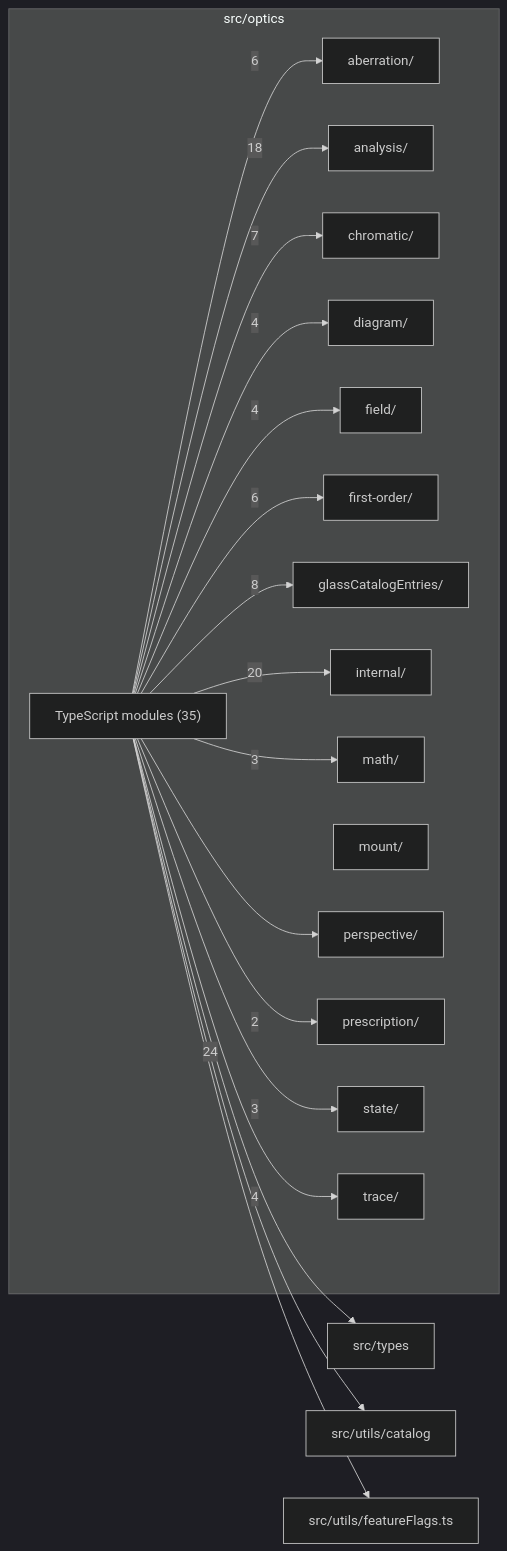
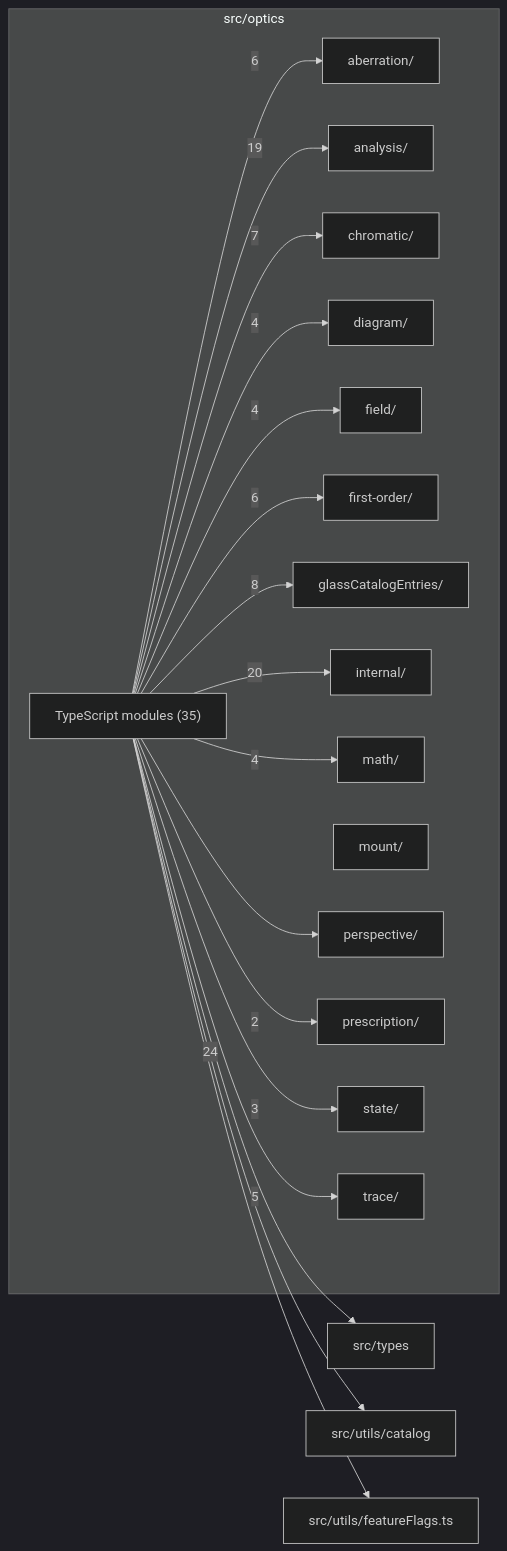
The diagram in src/optics/readme.md (ronbuening/LensVisualizer), drawn with Mermaid (dark theme) before and after one commit. The commit also changed other lines of this file and 16 other files, not shown here.

````diff
--- a/src/optics/readme.md
+++ b/src/optics/readme.md
@@ -9,39 +9,39 @@
 ```mermaid
 flowchart LR
   subgraph n_src_optics["src/optics"]
     n_src_optics_src_optics_aberration["aberration/"]
     n_src_optics_src_optics_analysis["analysis/"]
     n_src_optics_src_optics_chromatic["chromatic/"]
     n_src_optics_src_optics_diagram["diagram/"]
     n_src_optics_src_optics_field["field/"]
     n_src_optics_src_optics_first_order["first-order/"]
     n_src_optics_src_optics_glassCatalogEntries["glassCatalogEntries/"]
     n_src_optics_src_optics_internal["internal/"]
     n_src_optics_src_optics_math["math/"]
     n_src_optics_src_optics_mount["mount/"]
     n_src_optics_src_optics_perspective["perspective/"]
     n_src_optics_src_optics_prescription["prescription/"]
     n_src_optics_src_optics_state["state/"]
     n_src_optics_src_optics_trace["trace/"]
     n_src_optics_TypeScript_modules["TypeScript modules (35)"]
   end
   n_external_src_types["src/types"]
   n_external_src_utils_catalog["src/utils/catalog"]
   n_external_src_utils_featureFlags_ts["src/utils/featureFlags.ts"]
   n_src_optics_TypeScript_modules --> |24| n_external_src_types
   n_src_optics_TypeScript_modules --> |20| n_src_optics_src_optics_internal
-  n_src_optics_TypeScript_modules --> |18| n_src_optics_src_optics_analysis
+  n_src_optics_TypeScript_modules --> |19| n_src_optics_src_optics_analysis
   n_src_optics_TypeScript_modules --> |8| n_src_optics_src_optics_glassCatalogEntries
   n_src_optics_TypeScript_modules --> |7| n_src_optics_src_optics_chromatic
   n_src_optics_TypeScript_modules --> |6| n_src_optics_src_optics_aberration
   n_src_optics_TypeScript_modules --> |6| n_src_optics_src_optics_first_order
+  n_src_optics_TypeScript_modules --> |5| n_src_optics_src_optics_trace
   n_src_optics_TypeScript_modules --> |4| n_src_optics_src_optics_diagram
   n_src_optics_TypeScript_modules --> |4| n_src_optics_src_optics_field
-  n_src_optics_TypeScript_modules --> |4| n_src_optics_src_optics_trace
-  n_src_optics_TypeScript_modules --> |3| n_src_optics_src_optics_math
+  n_src_optics_TypeScript_modules --> |4| n_src_optics_src_optics_math
   n_src_optics_TypeScript_modules --> |3| n_src_optics_src_optics_state
   n_src_optics_TypeScript_modules --> |2| n_src_optics_src_optics_prescription
   n_src_optics_TypeScript_modules --> n_external_src_utils_catalog
   n_src_optics_TypeScript_modules --> n_external_src_utils_featureFlags_ts
   n_src_optics_TypeScript_modules --> n_src_optics_src_optics_perspective
 ```
````
